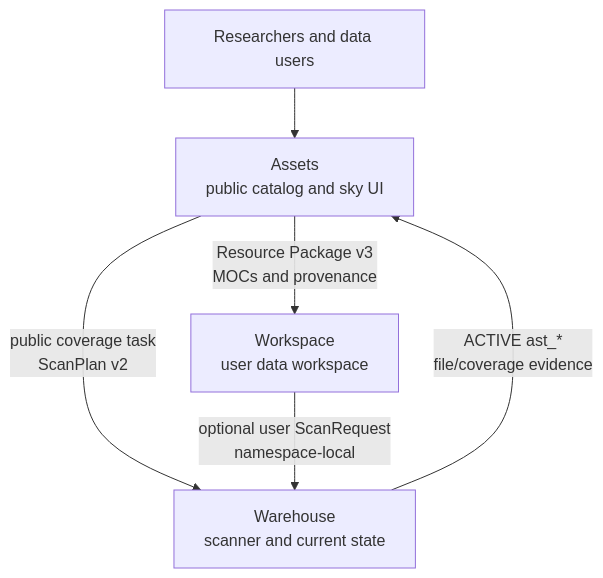
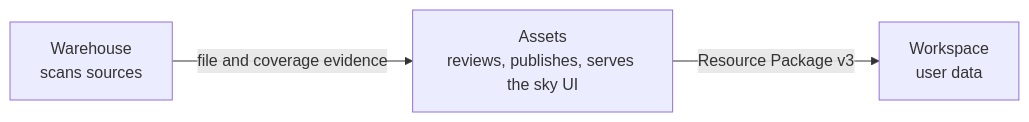
One commit to Astro-Survey-Atlas/Assets changed the diagram in README.md. Above: the diagram before and after it, drawn with Mermaid. The commit also changed other lines of this file and 14 other files, not shown here.

````diff
--- a/README.md
+++ b/README.md
@@ -79,8 +63,5 @@
 ```mermaid
-flowchart TB
-  U[Researchers and data users] --> A[Assets<br/>public catalog and sky UI]
-  A -->|public coverage task<br/>ScanPlan v2| W[Warehouse<br/>scanner and current state]
-  W -->|ACTIVE ast_*<br/>file/coverage evidence| A
-  A -->|Resource Package v3<br/>MOCs and provenance| X[Workspace<br/>user data workspace]
-  X -->|optional user ScanRequest<br/>namespace-local| W
+flowchart LR
+  W[Warehouse<br/>scans sources] -->|file and coverage evidence| A[Assets<br/>reviews, publishes, serves the sky UI]
+  A -->|Resource Package v3| X[Workspace<br/>user data]
 ```
````
